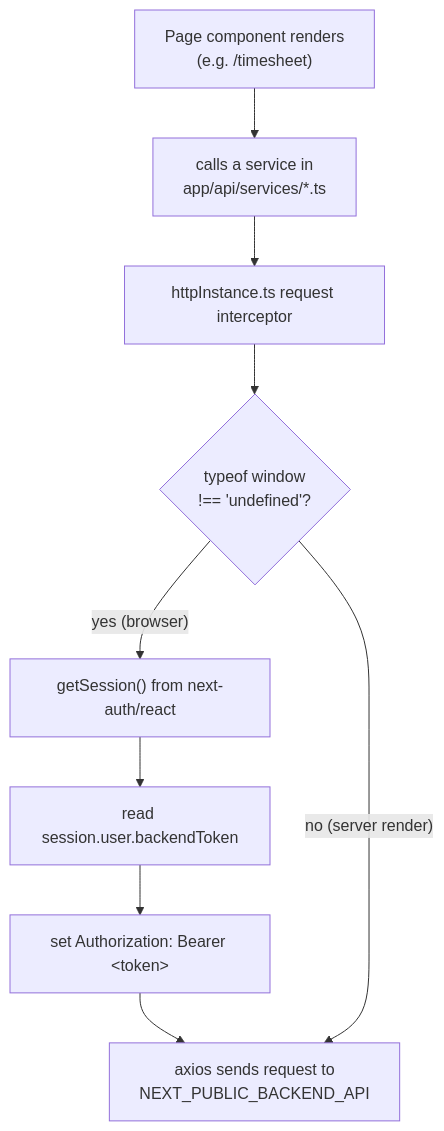
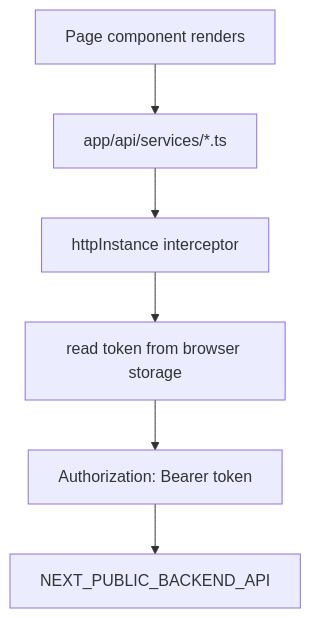
Before and after one commit to amulyavarshney/Resource-Management-System: the first of 2 diagrams in frontend/README.md, drawn with Mermaid. The commit also changed other lines of this file and 72 other files, not shown here.

First line of the commit message:
Prepare static Pages frontend and Render backend deploy.

````diff
--- a/frontend/README.md
+++ b/frontend/README.md
@@ -149,11 +128,8 @@
 ```mermaid
 flowchart TD
-    A["Page component renders<br/>(e.g. /timesheet)"] --> B["calls a service in<br/>app/api/services/*.ts"]
-    B --> C["httpInstance.ts request interceptor"]
-    C --> D{"typeof window<br/>!== 'undefined'?"}
-    D -- "yes (browser)" --> E["getSession() from next-auth/react"]
-    E --> F["read session.user.backendToken"]
-    F --> G["set Authorization: Bearer &lt;token&gt;"]
-    G --> H["axios sends request to<br/>NEXT_PUBLIC_BACKEND_API"]
-    D -- "no (server render)" --> H
+    A["Page component renders"] --> B["app/api/services/*.ts"]
+    B --> C["httpInstance interceptor"]
+    C --> D["read token from browser storage"]
+    D --> E["Authorization: Bearer token"]
+    E --> F["NEXT_PUBLIC_BACKEND_API"]
 ```
````
